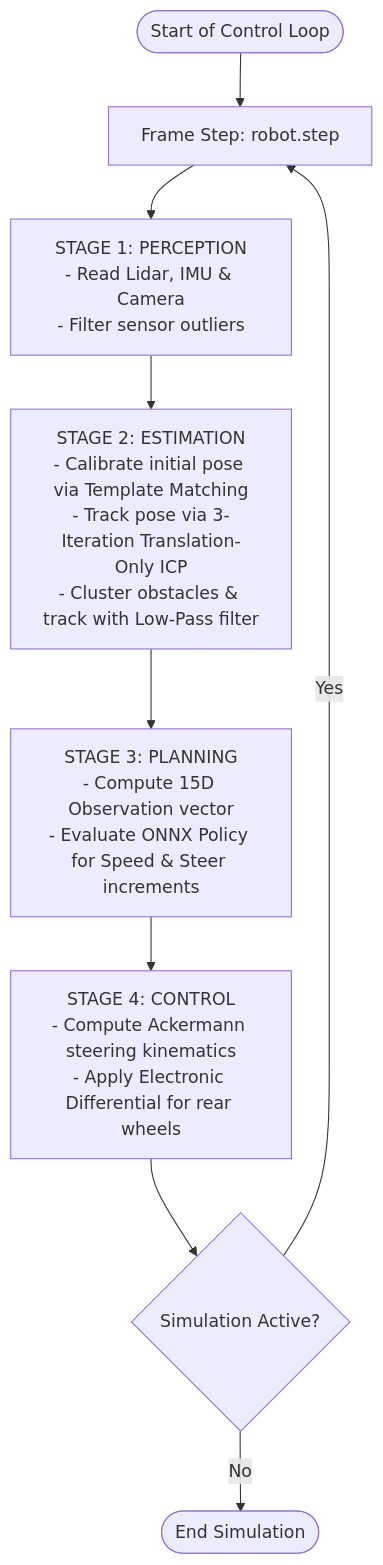
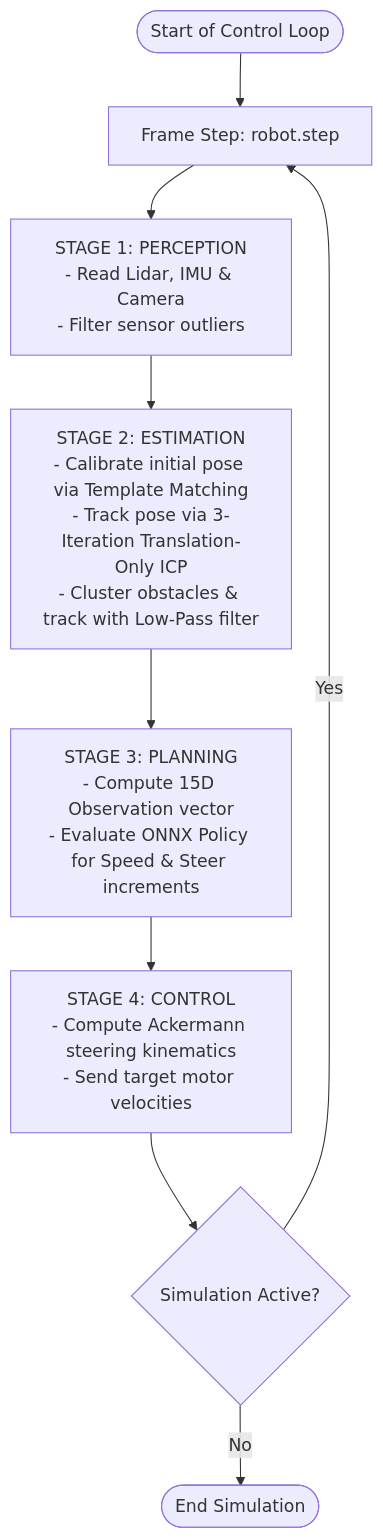
One commit to Bigfire3/wro-fe-rl-simulation changed the diagram in README.md. Above: the diagram before and after it, drawn with Mermaid. The commit also changed other lines of this file, not shown here.

````diff
--- a/README.md
+++ b/README.md
@@ -32,11 +33,11 @@
 ```mermaid
 graph TD
     Start([Start of Control Loop]) --> Step[Frame Step: robot.step]
     Step --> Stage1[STAGE 1: PERCEPTION<br/>- Read Lidar, IMU & Camera<br/>- Filter sensor outliers]
     Stage1 --> Stage2[STAGE 2: ESTIMATION<br/>- Calibrate initial pose via Template Matching<br/>- Track pose via 3-Iteration Translation-Only ICP<br/>- Cluster obstacles & track with Low-Pass filter]
     Stage2 --> Stage3[STAGE 3: PLANNING<br/>- Compute 15D Observation vector<br/>- Evaluate ONNX Policy for Speed & Steer increments]
-    Stage3 --> Stage4[STAGE 4: CONTROL<br/>- Compute Ackermann steering kinematics<br/>- Apply Electronic Differential for rear wheels]
+    Stage3 --> Stage4[STAGE 4: CONTROL<br/>- Compute Ackermann steering kinematics<br/>- Send target motor velocities]
     Stage4 --> Check{Simulation Active?}
     Check -- Yes --> Step
     Check -- No --> End([End Simulation])
 ```
````
